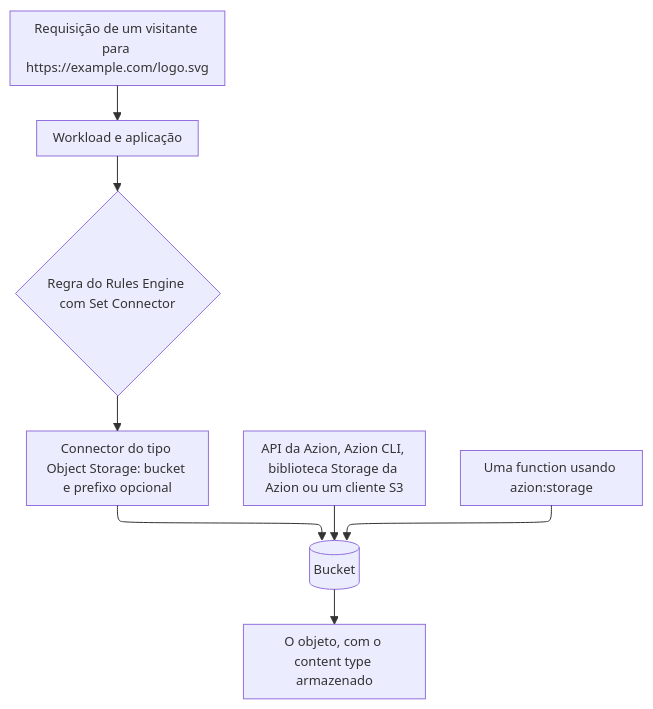
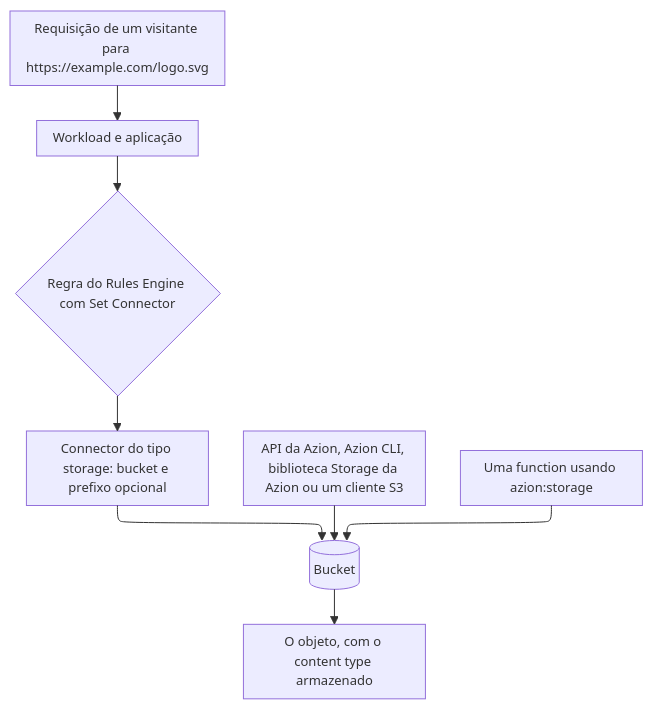
The diagram in apps/docs/src/content/docs/pt-br/pages/menu-principal/referencia/store/edge-storage/index.mdx (aziontech/docs), drawn with Mermaid before and after one commit. The commit also changed other lines of this file and 83 other files, not shown here.

````diff
--- a/apps/docs/src/content/docs/pt-br/pages/menu-principal/referencia/store/edge-storage/index.mdx
+++ b/apps/docs/src/content/docs/pt-br/pages/menu-principal/referencia/store/edge-storage/index.mdx
@@ -64,11 +64,11 @@
 ```mermaid
 %%{init: {"layout": "elk", "themeVariables": {"fontSize": "13px"}, "flowchart": {"nodeSpacing": 24, "rankSpacing": 36, "padding": 8, "wrappingWidth": 150, "useMaxWidth": true}, "sequence": {"width": 120, "actorMargin": 30, "useMaxWidth": true}}}%%
 flowchart TD
   Client["Requisição de um visitante para https://example.com/logo.svg"] --> App["Workload e aplicação"]
   App --> Rule{"Regra do Rules Engine com Set Connector"}
-  Rule --> Conn["Connector do tipo Object Storage: bucket e prefixo opcional"]
+  Rule --> Conn["Connector do tipo storage: bucket e prefixo opcional"]
   Conn --> Bucket[("Bucket")]
   Tool["API da Azion, Azion CLI, biblioteca Storage da Azion ou um cliente S3"] --> Bucket
   Fn["Uma function usando azion:storage"] --> Bucket
   Bucket --> Object["O objeto, com o content type armazenado"]
 ```
````
